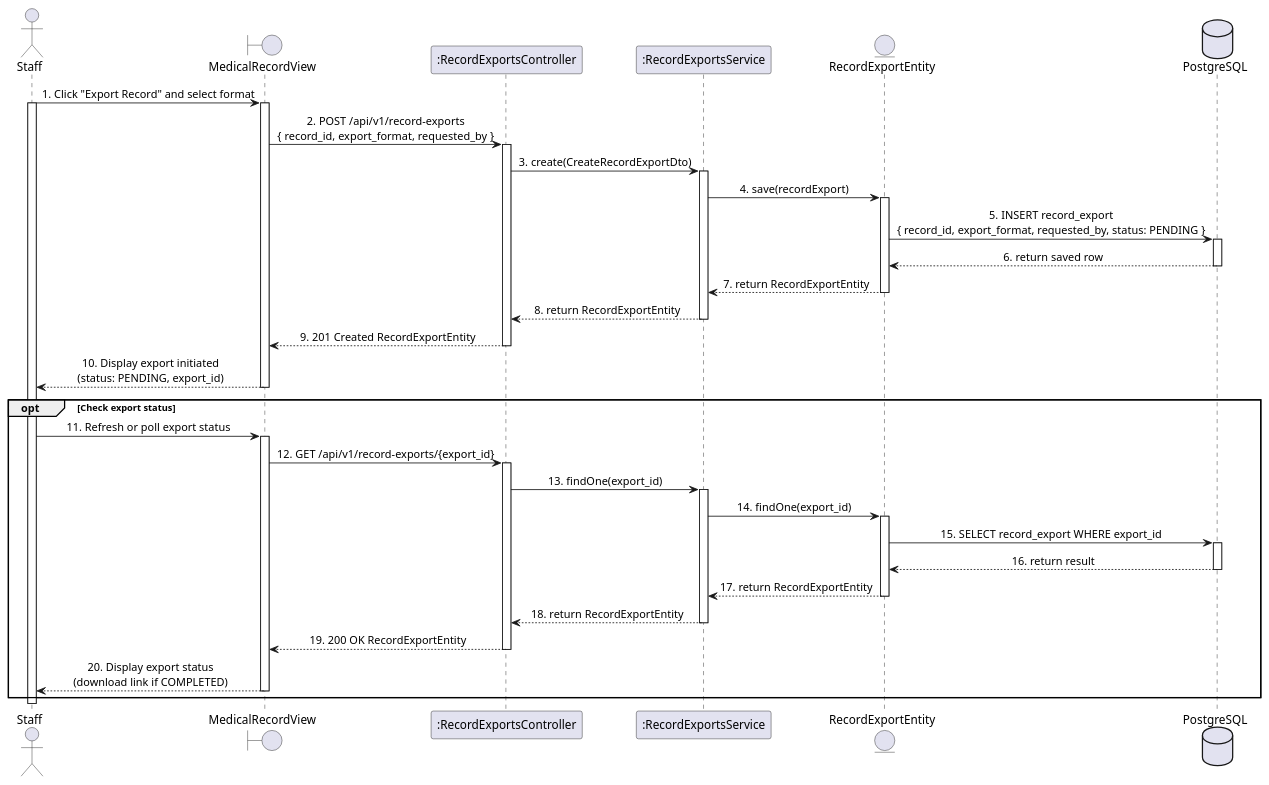
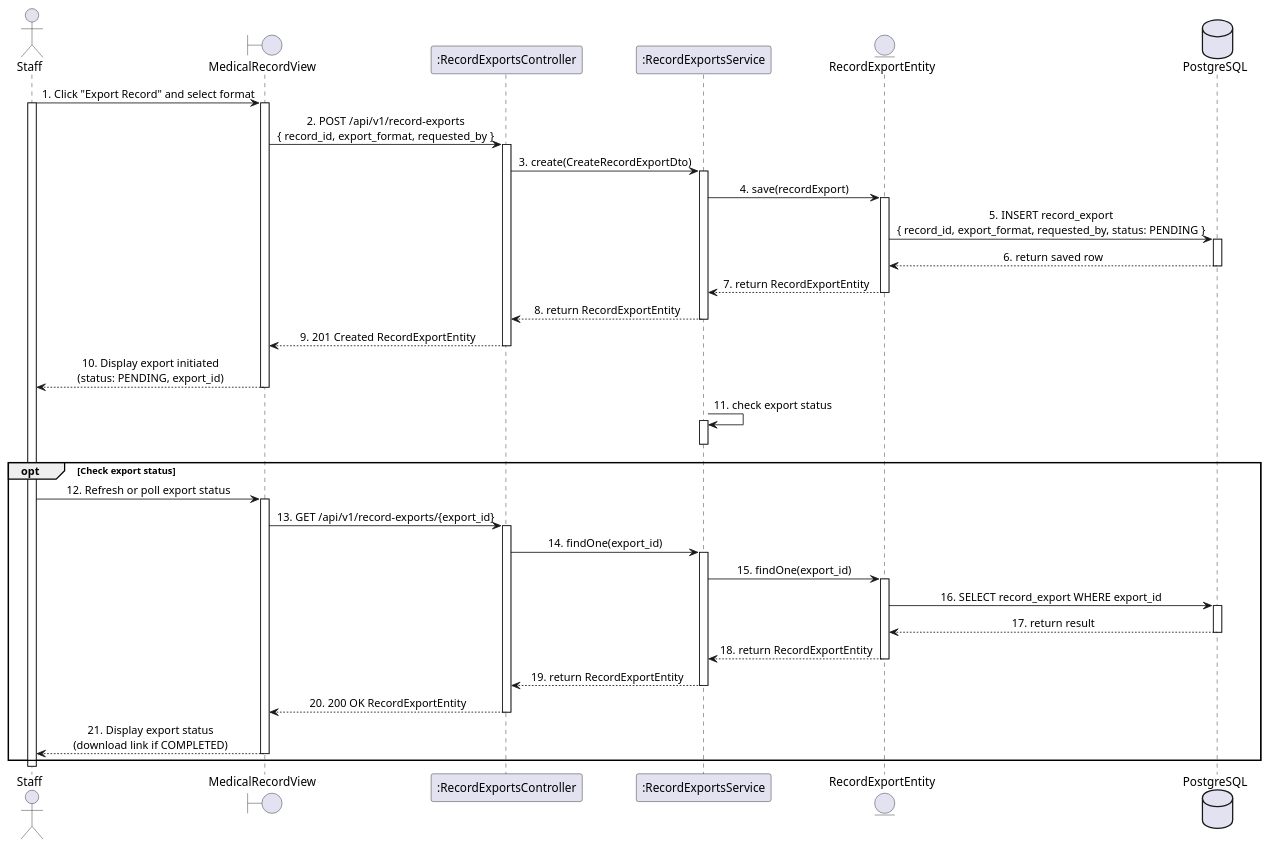
The diagram in docs/sequence-diagram/UC47_ExportMedicalRecord.puml (LTPPPP/Smart-Medical-Intelligent-Ledger-for-E-health-S.M.I.L.E-), drawn with PlantUML before and after one commit. The commit also changed 144 other files, not shown here.

Commit message:
doc: update sequence and class diagram

```diff
--- a/docs/sequence-diagram/UC47_ExportMedicalRecord.puml
+++ b/docs/sequence-diagram/UC47_ExportMedicalRecord.puml
@@ -1,70 +1,73 @@
 @startuml SequenceDiagram
 skinparam shadowing false
 skinparam sequenceMessageAlign center
 actor "Staff" as user
 boundary "MedicalRecordView" as form
 participant ":RecordExportsController" as ctrl
 participant ":RecordExportsService" as exportSvc
 entity "RecordExportEntity" as exportEntity
 database "PostgreSQL" as db
 
 user -> form : 1. Click "Export Record" and select format
 activate user
 activate form
 
 form -> ctrl : 2. POST /api/v1/record-exports\n{ record_id, export_format, requested_by }
 activate ctrl
 
 ctrl -> exportSvc : 3. create(CreateRecordExportDto)
 activate exportSvc
 
 exportSvc -> exportEntity : 4. save(recordExport)
 activate exportEntity
 exportEntity -> db : 5. INSERT record_export\n{ record_id, export_format, requested_by, status: PENDING }
 activate db
 db --> exportEntity : 6. return saved row
 deactivate db
 exportEntity --> exportSvc : 7. return RecordExportEntity
 deactivate exportEntity
 
 exportSvc --> ctrl : 8. return RecordExportEntity
 deactivate exportSvc
 
 ctrl --> form : 9. 201 Created RecordExportEntity
 deactivate ctrl
 
 form --> user : 10. Display export initiated\n(status: PENDING, export_id)
 deactivate form
 
+exportSvc -> exportSvc : 11. check export status
+activate exportSvc
+deactivate exportSvc
 opt Check export status
-  user -> form : 11. Refresh or poll export status
+  user -> form : 12. Refresh or poll export status
   activate form
 
-  form -> ctrl : 12. GET /api/v1/record-exports/{export_id}
+  form -> ctrl : 13. GET /api/v1/record-exports/{export_id}
   activate ctrl
 
-  ctrl -> exportSvc : 13. findOne(export_id)
+  ctrl -> exportSvc : 14. findOne(export_id)
   activate exportSvc
 
-  exportSvc -> exportEntity : 14. findOne(export_id)
+  exportSvc -> exportEntity : 15. findOne(export_id)
   activate exportEntity
-  exportEntity -> db : 15. SELECT record_export WHERE export_id
+  exportEntity -> db : 16. SELECT record_export WHERE export_id
   activate db
-  db --> exportEntity : 16. return result
+  db --> exportEntity : 17. return result
   deactivate db
-  exportEntity --> exportSvc : 17. return RecordExportEntity
+  exportEntity --> exportSvc : 18. return RecordExportEntity
   deactivate exportEntity
 
-  exportSvc --> ctrl : 18. return RecordExportEntity
+  exportSvc --> ctrl : 19. return RecordExportEntity
   deactivate exportSvc
 
-  ctrl --> form : 19. 200 OK RecordExportEntity
+  ctrl --> form : 20. 200 OK RecordExportEntity
   deactivate ctrl
 
-  form --> user : 20. Display export status\n(download link if COMPLETED)
+  form --> user : 21. Display export status\n(download link if COMPLETED)
   deactivate form
 end
 
 deactivate user
 
 @enduml
```
